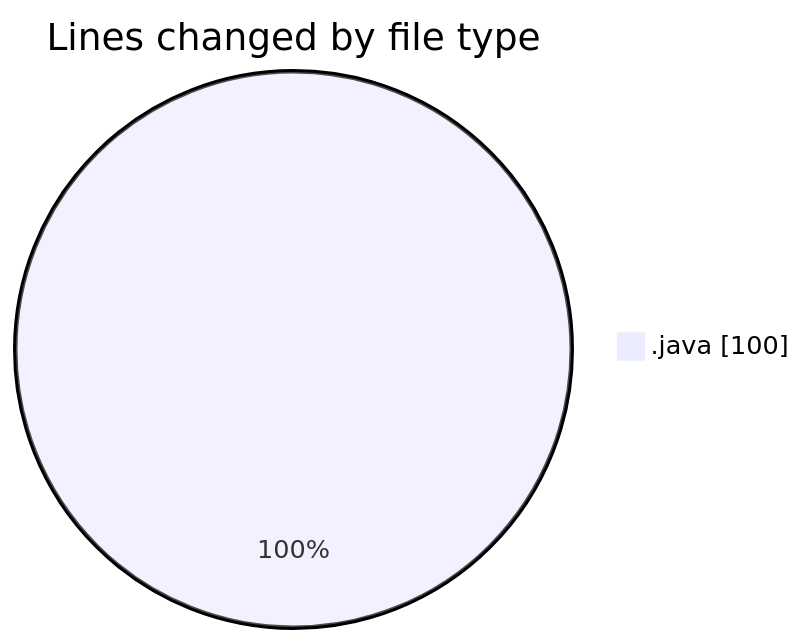
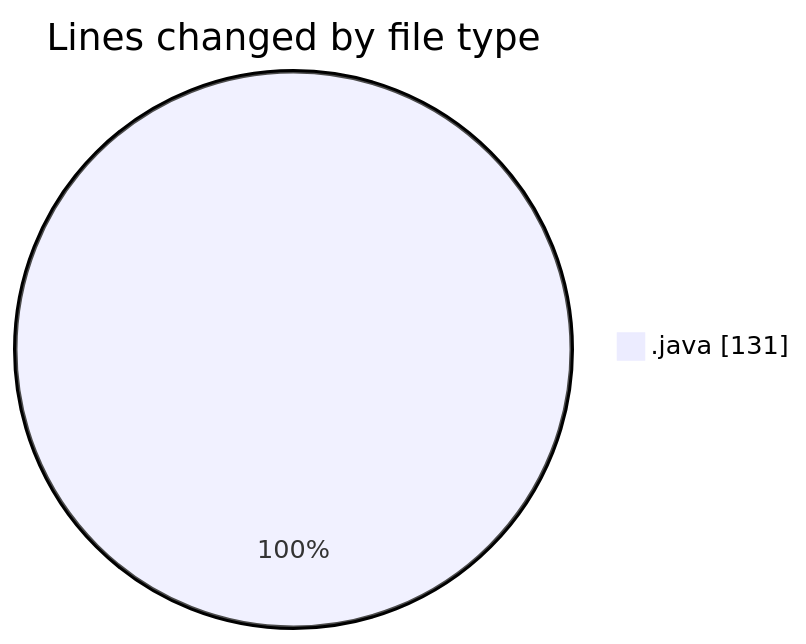
Before and after one commit to ricardozamudiocil/code-tracking: the first of 2 diagrams in 2026-03-31/cilofertascomerciales/README.md, drawn with Mermaid. The commit also changed other lines of this file and 1 other file, not shown here.

````diff
--- a/2026-03-31/cilofertascomerciales/README.md
+++ b/2026-03-31/cilofertascomerciales/README.md
@@ -21,5 +21,5 @@
 ```mermaid
 pie showData
 title Lines changed by file type
-".java" : 100
+".java" : 131
 ```
````
